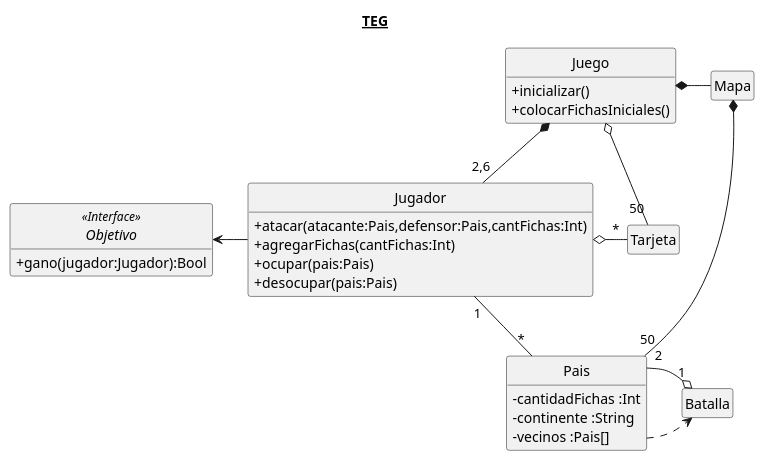
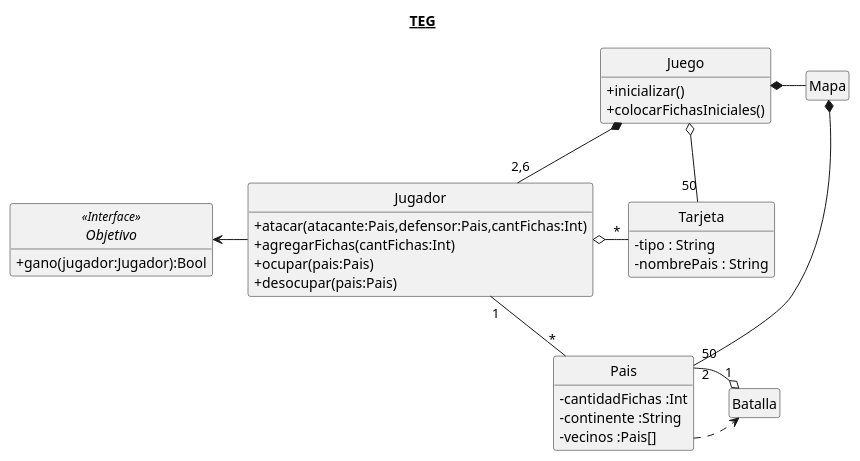
The diagram in UML/Clases.plantuml (Gabrielsem/A.L.T.E.G.O.), drawn with PlantUML before and after one commit. The commit also changed 1 other file, not shown here.

Commit message:
Diagramas de tarjetas

```diff
--- a/UML/Clases.plantuml
+++ b/UML/Clases.plantuml
@@ -1,52 +1,53 @@
 @startuml
 skinparam style strictuml
 skinparam classAttributeIconSize 0
 skinparam monochrome true
 hide empty members
 
 title **__TEG__**
 
 class Juego{
 	+ inicializar()
     + colocarFichasIniciales()
 }
 class Mapa{
 	
 }
 class Pais{
 	- cantidadFichas :Int
 	- continente :String
 	- vecinos :Pais[]
 }
 class Jugador{
     + atacar(atacante:Pais,defensor:Pais,cantFichas:Int)
     + agregarFichas(cantFichas:Int)
     + ocupar(pais:Pais)
     + desocupar(pais:Pais)
 }
 Interface Objetivo<<Interface>>{
 	+ gano(jugador:Jugador):Bool
 }
 class Tarjeta{
-
+    - tipo : String
+    - nombrePais : String
 }
 
 class Batalla{
 
 }
 
 Pais .> Batalla
 Batalla  "1" o- "2" Pais
 
 Juego *- Mapa
 Mapa *- "50" Pais
 
 Juego *-- "2,6" Jugador
 
 Jugador "1"--"*" Pais
 
 Jugador -left> Objetivo
 Jugador o- "*" Tarjeta
 Juego o-- "50" Tarjeta
 
 @enduml
```
